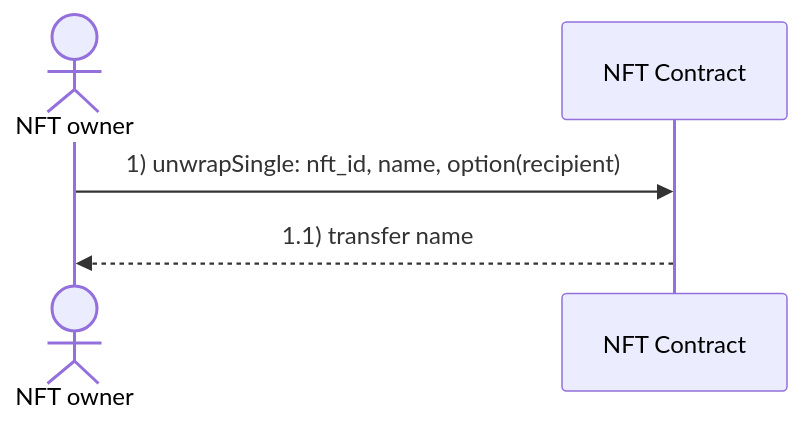
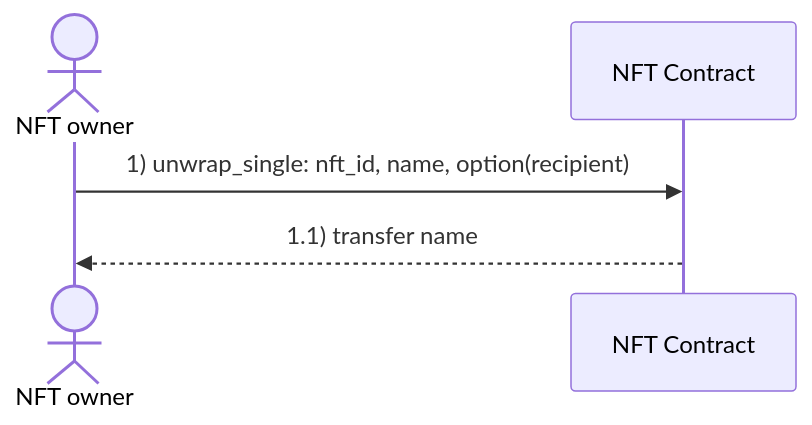
Before and after one commit to marc0olo/aens-nfts: the first of 3 diagrams in docs/diagrams/unwrap_aens_names.md, drawn with Mermaid. The commit also changed other lines of this file and 17 other files, not shown here.

````diff
--- a/docs/diagrams/unwrap_aens_names.md
+++ b/docs/diagrams/unwrap_aens_names.md
@@ -5,6 +5,6 @@
 ```mermaid
 sequenceDiagram
     actor NFT owner
-    NFT owner ->> NFT Contract: 1) unwrapSingle: nft_id, name, option(recipient)
+    NFT owner ->> NFT Contract: 1) unwrap_single: nft_id, name, option(recipient)
     NFT Contract -->> NFT owner: 1.1) transfer name
 ```
````
